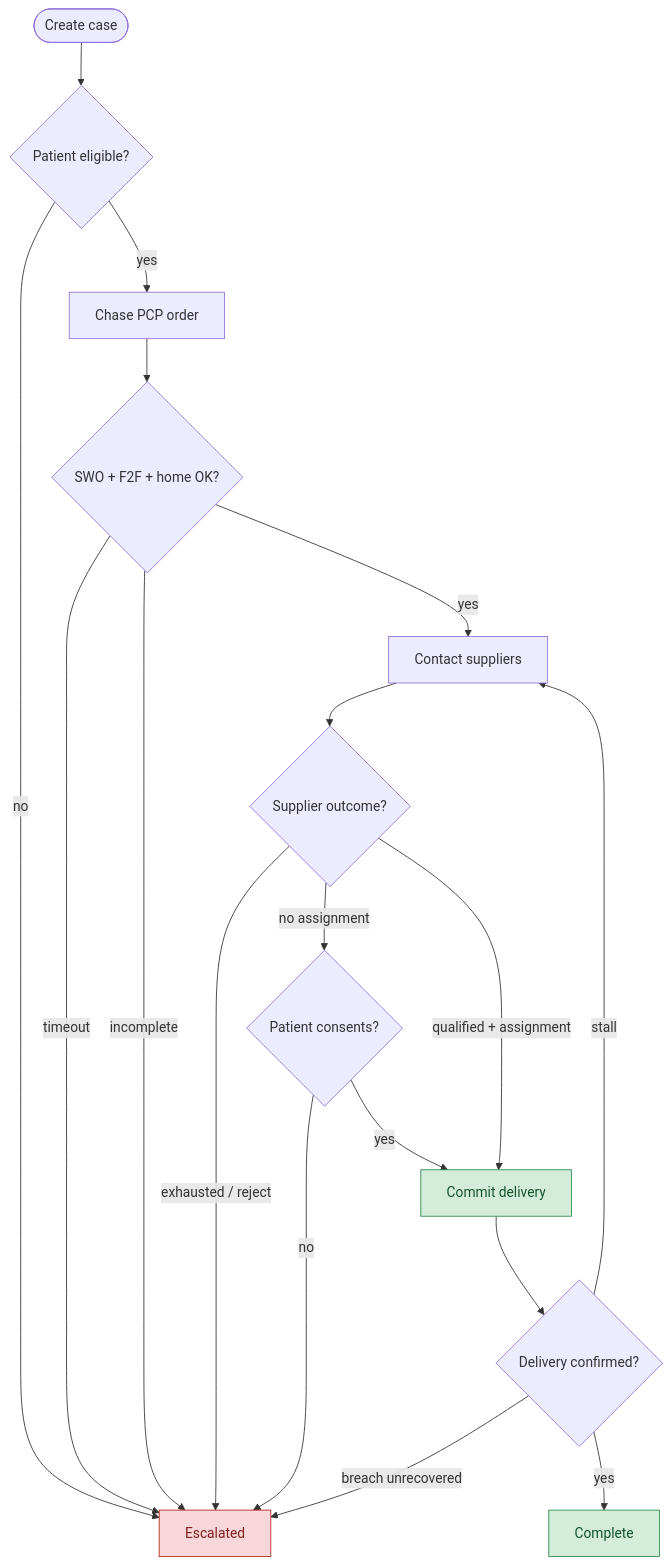
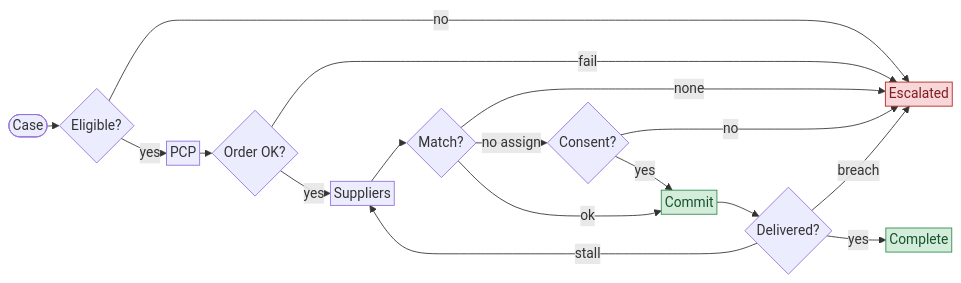
The third of 3 diagrams in README.md (Mycodek/miramace_dme_coordination), drawn with Mermaid before and after one commit. The commit also changed other lines of this file, not shown here.

````diff
--- a/README.md
+++ b/README.md
@@ -84,25 +84,24 @@
 ```mermaid
-flowchart TB
-  A([Create case]) --> B{Patient eligible?}
+%%{init: {"flowchart": {"nodeSpacing": 8, "rankSpacing": 14, "padding": 2}}}%%
+flowchart LR
+  A([Case]) --> B{Eligible?}
   B -->|no| X[Escalated]
-  B -->|yes| C[Chase PCP order]
-  C --> D{SWO + F2F + home OK?}
-  D -->|timeout| X
-  D -->|incomplete| X
-  D -->|yes| E[Contact suppliers]
-  E --> F{Supplier outcome?}
-  F -->|exhausted / reject| X
-  F -->|no assignment| G{Patient consents?}
+  B -->|yes| C[PCP]
+  C --> D{Order OK?}
+  D -->|fail| X
+  D -->|yes| E[Suppliers]
+  E --> F{Match?}
+  F -->|none| X
+  F -->|no assign| G{Consent?}
   G -->|no| X
-  G -->|yes| H[Commit delivery]
-  F -->|qualified + assignment| H
-  H --> I{Delivery confirmed?}
+  G -->|yes| H[Commit]
+  F -->|ok| H
+  H --> I{Delivered?}
   I -->|stall| E
-  I -->|breach unrecovered| X
+  I -->|breach| X
   I -->|yes| J[Complete]
-
   classDef ok fill:#d4edda,stroke:#2d8a4e,color:#14532d
   classDef bad fill:#f8d7da,stroke:#b42318,color:#7f1d1d
   class H,J ok
   class X bad
 ```
````
